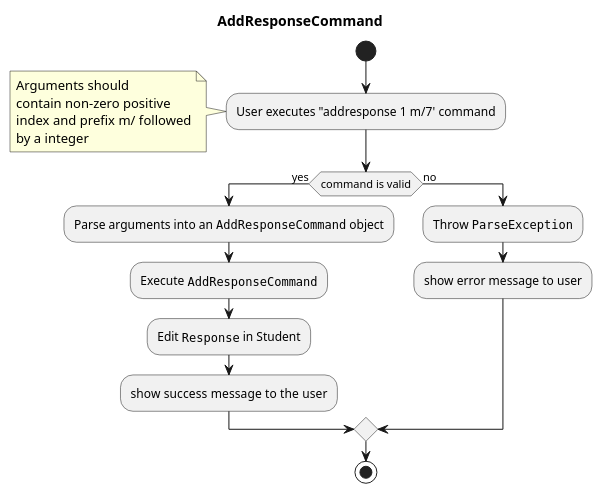
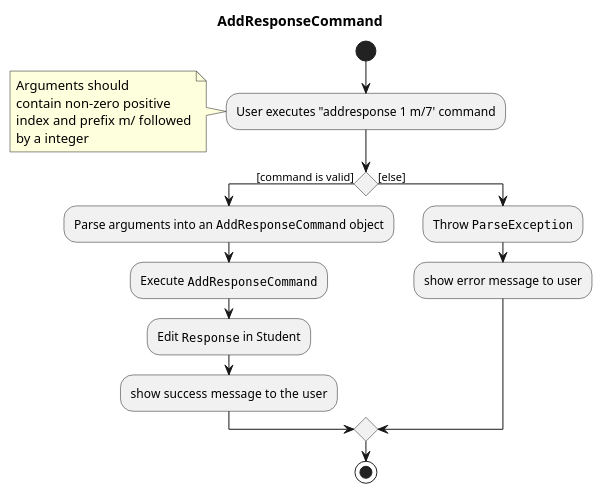
One commit to nus-cs2103-AY2223S1/tp changed the diagram in docs/diagrams/AddResponseActivityDiagram.puml. Above: the diagram before and after it, drawn with PlantUML. The commit also changed 7 other files, not shown here.

```diff
--- a/docs/diagrams/AddResponseActivityDiagram.puml
+++ b/docs/diagrams/AddResponseActivityDiagram.puml
@@ -1,30 +1,30 @@
 @startuml
 title AddResponseCommand
 
 start
 :User executes "addresponse 1 m/7' command;
 note left
     Arguments should
     contain non-zero positive
     index and prefix m/ followed
     by a integer
 end note
 
-if (command is valid) then (yes)
+if () then ([command is valid])
 
     :Parse arguments into an ""AddResponseCommand"" object;
 
     :Execute ""AddResponseCommand"";
 
     :Edit ""Response"" in Student;
 
     :show success message to  the user;
-else (no)
+else ([else])
     :Throw ""ParseException"";
 
     :show error message to user;
 endif
 
 stop
 
 @enduml
```
